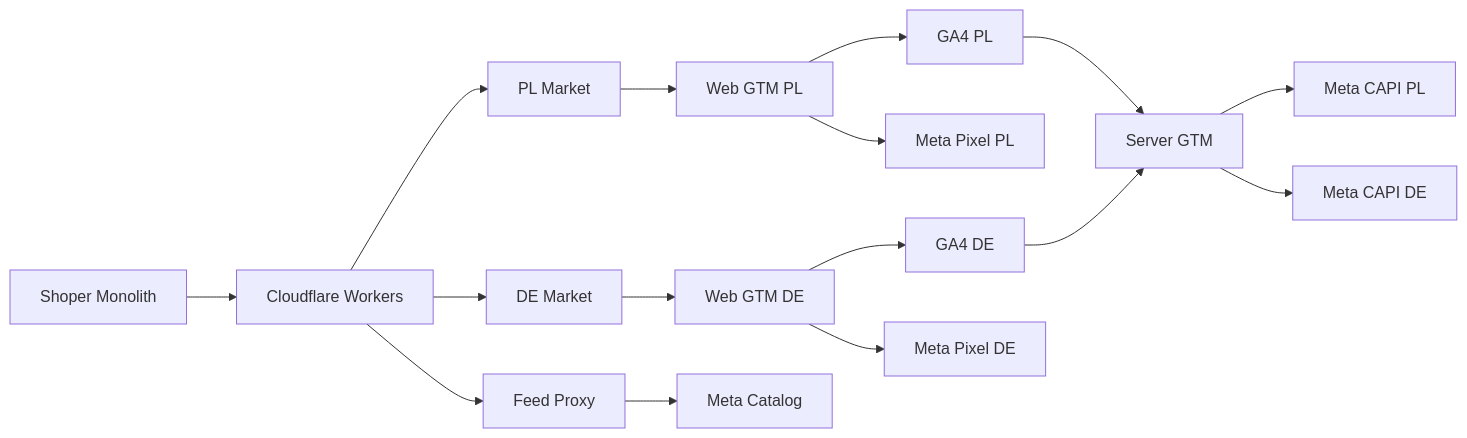
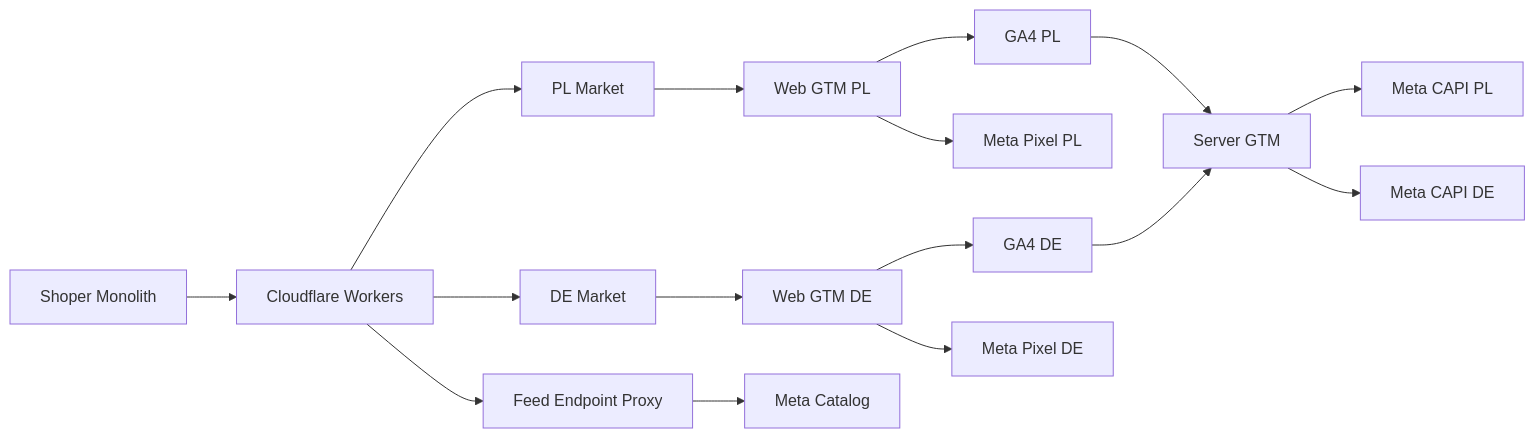
One commit to nikkitb/shoper-multi-market-tracking-architecture changed the first of 2 diagrams in README.md. Above: the diagram before and after it, drawn with Mermaid. The commit also changed other lines of this file and 1 other file, not shown here.

Commit message:
Update architecture case study README and cloudflare supporting docs

````diff
--- a/README.md
+++ b/README.md
@@ -24,26 +28,26 @@
 ```mermaid
 flowchart LR
 
 A[Shoper Monolith] --> B[Cloudflare Workers]
 
 B --> C[PL Market]
 B --> D[DE Market]
 
 C --> E[Web GTM PL]
 D --> F[Web GTM DE]
 
 E --> G[GA4 PL]
 F --> H[GA4 DE]
 
 E --> I[Meta Pixel PL]
 F --> J[Meta Pixel DE]
 
 G --> K[Server GTM]
 H --> K
 
 K --> L[Meta CAPI PL]
 K --> M[Meta CAPI DE]
 
-B --> N[Feed Proxy]
+B --> N[Feed Endpoint Proxy]
 N --> O[Meta Catalog]
 ```
````
